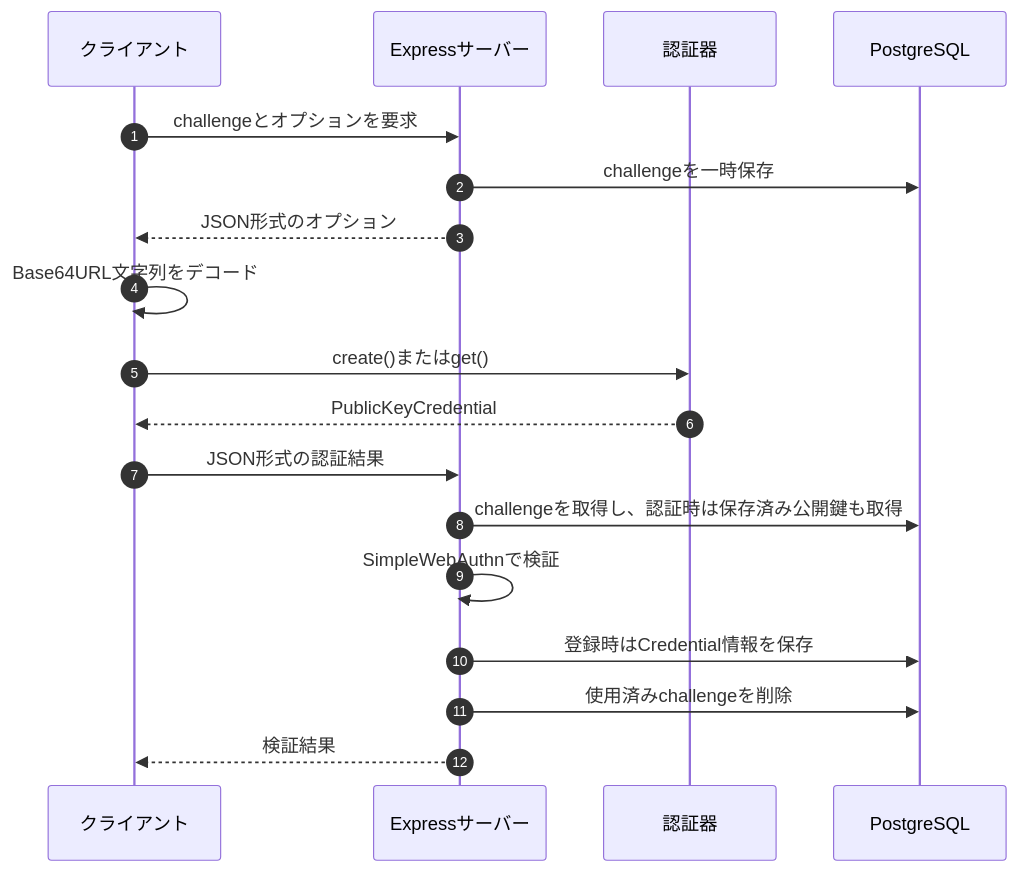
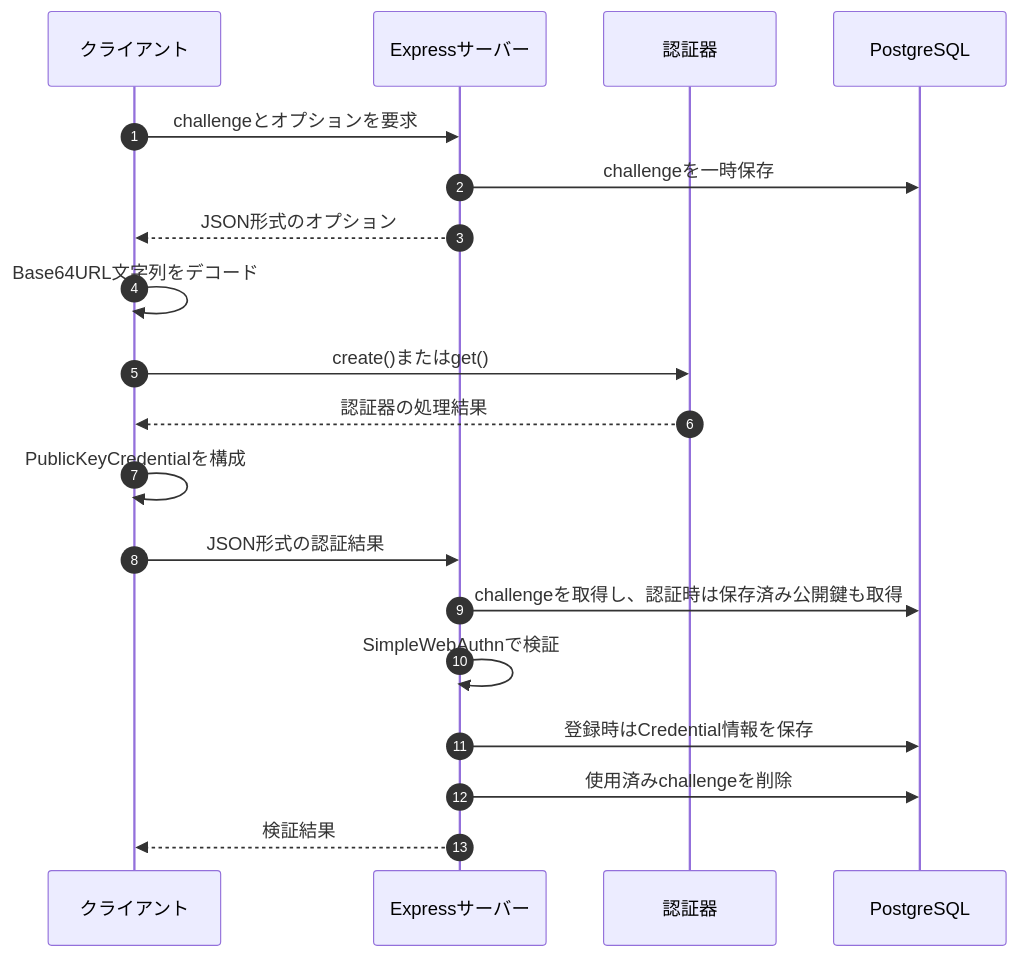
Before and after one commit to kapitantan/passkey_sandbox: the diagram in passkey-implementation-draft.md, drawn with Mermaid. The commit also changed other lines of this file, not shown here.

````diff
--- a/passkey-implementation-draft.md
+++ b/passkey-implementation-draft.md
@@ -46,21 +50,22 @@
 ```mermaid
 sequenceDiagram
     autonumber
     participant C as クライアント
     participant S as Expressサーバー
     participant A as 認証器
     participant DB as PostgreSQL
 
     C->>S: challengeとオプションを要求
     S->>DB: challengeを一時保存
     S-->>C: JSON形式のオプション
     C->>C: Base64URL文字列をデコード
     C->>A: create()またはget()
-    A-->>C: PublicKeyCredential
+    A-->>C: 認証器の処理結果
+    C->>C: PublicKeyCredentialを構成
     C->>S: JSON形式の認証結果
     S->>DB: challengeを取得し、認証時は保存済み公開鍵も取得
     S->>S: SimpleWebAuthnで検証
     S->>DB: 登録時はCredential情報を保存
     S->>DB: 使用済みchallengeを削除
     S-->>C: 検証結果
 ```
````
